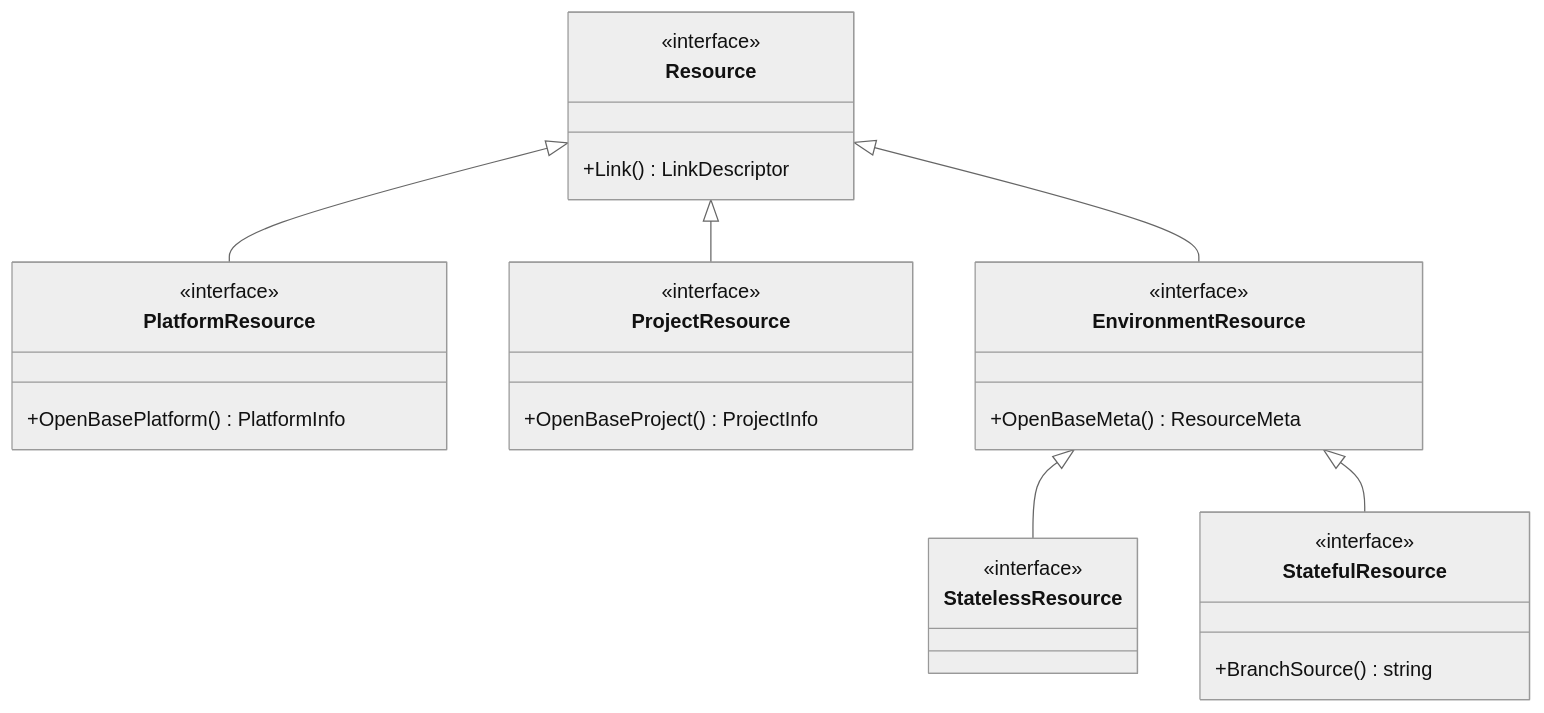
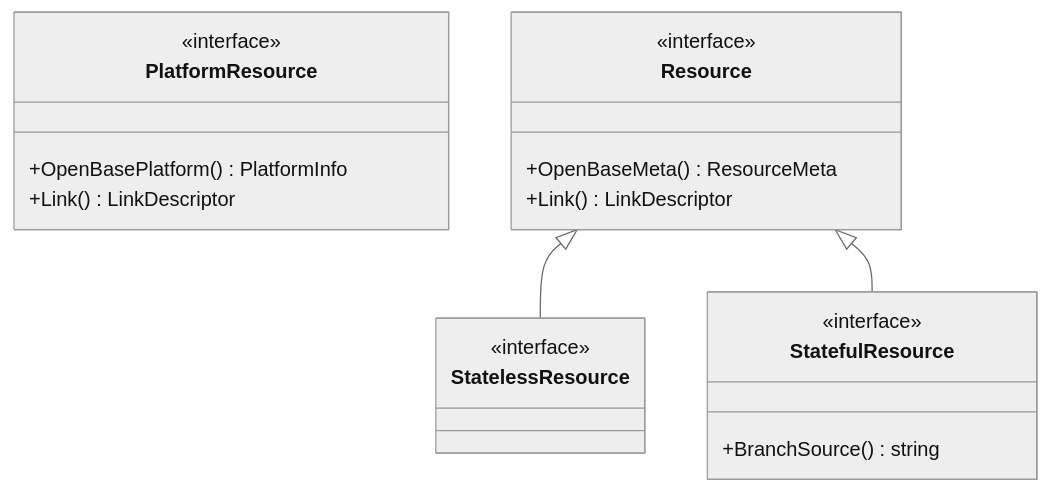
The first of 2 diagrams in docs/architecture/resources.md (cloudvoyant/openbase), drawn with Mermaid (neutral theme) before and after one commit. The commit also changed other lines of this file and 39 other files, not shown here.

Commit message:
refactor(core,components): simplify to PlatformResource vs Resource and omit shared from canonical naming

````diff
--- a/docs/architecture/resources.md
+++ b/docs/architecture/resources.md
@@ -24,31 +24,22 @@
 ```mermaid
 classDiagram
-    class Resource {
-        <<interface>>
-        +Link() LinkDescriptor
-    }
     class PlatformResource {
         <<interface>>
         +OpenBasePlatform() PlatformInfo
+        +Link() LinkDescriptor
     }
-    class ProjectResource {
-        <<interface>>
-        +OpenBaseProject() ProjectInfo
-    }
-    class EnvironmentResource {
+    class Resource {
         <<interface>>
         +OpenBaseMeta() ResourceMeta
+        +Link() LinkDescriptor
     }
     class StatelessResource {
         <<interface>>
     }
     class StatefulResource {
         <<interface>>
         +BranchSource() string
     }
-    Resource <|-- PlatformResource
-    Resource <|-- ProjectResource
-    Resource <|-- EnvironmentResource
-    EnvironmentResource <|-- StatelessResource
-    EnvironmentResource <|-- StatefulResource
+    Resource <|-- StatelessResource
+    Resource <|-- StatefulResource
 ```
````
